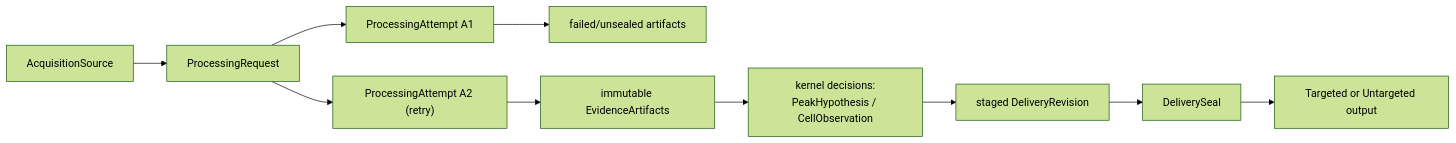
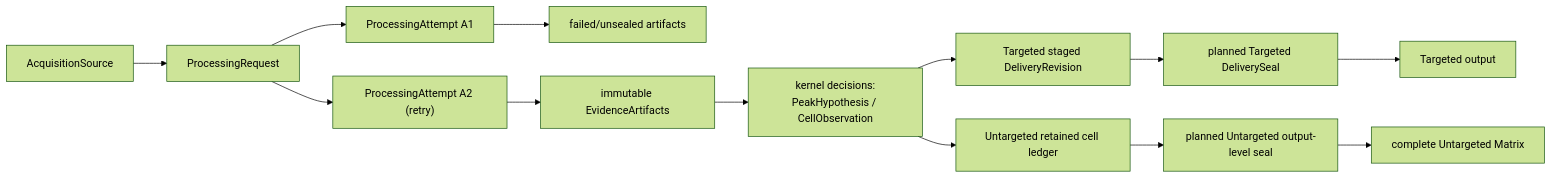
The diagram in docs/product/processing-lineage.md (bosschen0429/XIC_Extractor), drawn with Mermaid (forest theme) before and after one commit. The commit also changed other lines of this file, not shown here.

````diff
--- a/docs/product/processing-lineage.md
+++ b/docs/product/processing-lineage.md
@@ -313,12 +317,15 @@
 ```mermaid
 flowchart LR
     S["AcquisitionSource"] --> R["ProcessingRequest"]
     R --> A1["ProcessingAttempt A1"]
     R --> A2["ProcessingAttempt A2 (retry)"]
     A1 --> F1["failed/unsealed artifacts"]
     A2 --> E["immutable EvidenceArtifacts"]
     E --> K["kernel decisions:<br/>PeakHypothesis / CellObservation"]
-    K --> D["staged DeliveryRevision"]
-    D --> L["DeliverySeal"]
-    L --> O["Targeted or Untargeted output"]
+    K --> T["Targeted staged DeliveryRevision"]
+    T --> TL["planned Targeted DeliverySeal"]
+    TL --> TO["Targeted output"]
+    K --> C["Untargeted retained cell ledger"]
+    C --> UL["planned Untargeted output-level seal"]
+    UL --> UO["complete Untargeted Matrix"]
 ```
````
